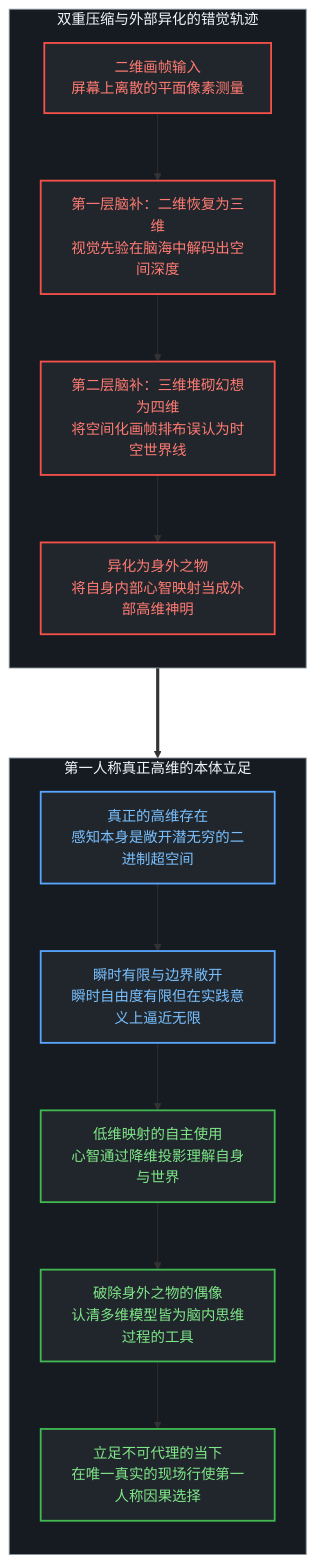
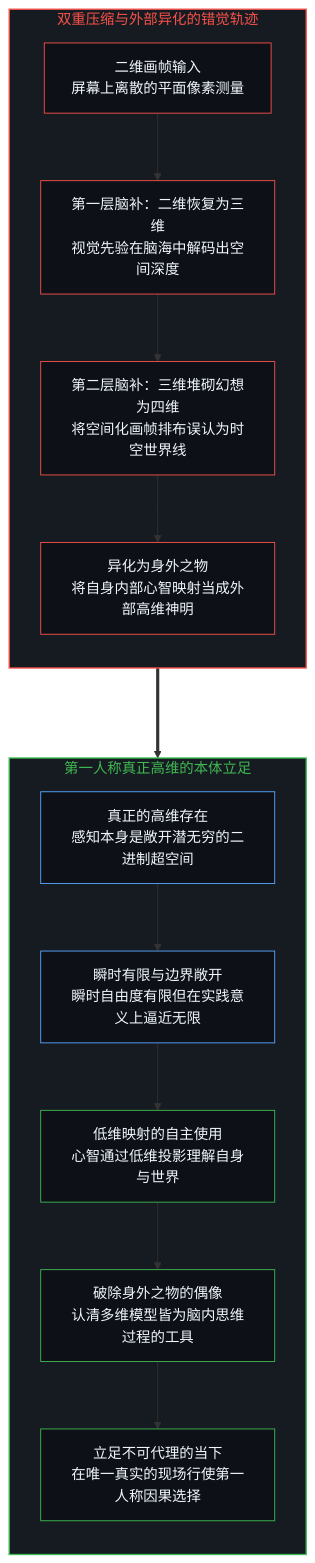
Before and after one commit to powerpig99/not-a-toe: the first of 4 diagrams in content/posts/the-myth-of-the-four-dimensional-deer-and-the-present-model.md, drawn with Mermaid. The commit also changed other lines of this file and 17 other files, not shown here.

````diff
--- a/content/posts/the-myth-of-the-four-dimensional-deer-and-the-present-model.md
+++ b/content/posts/the-myth-of-the-four-dimensional-deer-and-the-present-model.md
@@ -21,30 +29,31 @@
 ```mermaid
-graph TD
-    classDef default fill:#0d1117,stroke:#30363d,stroke-width:1px,color:#c9d1d9;
-    classDef canvas fill:#161b22,stroke:#8b949e,stroke-width:1px,color:#f0f6fc;
-    classDef errNode fill:#21262d,stroke:#f85149,stroke-width:2px,color:#ff7b72;
-    classDef actNode fill:#21262d,stroke:#58a6ff,stroke-width:2px,color:#79c0ff;
-    classDef resNode fill:#21262d,stroke:#3fb950,stroke-width:2px,color:#7ee787;
-
-    subgraph ErrorTrack ["双重压缩与外部异化的错觉轨迹"]
+flowchart TD
+    subgraph S_ErrorTrack["双重压缩与外部异化的错觉轨迹"]
         direction TB
         E1["二维画帧输入<br/>屏幕上离散的平面像素测量"] --> E2["第一层脑补：二维恢复为三维<br/>视觉先验在脑海中解码出空间深度"]
         E2 --> E3["第二层脑补：三维堆砌幻想为四维<br/>将空间化画帧排布误认为时空世界线"]
         E3 --> E4["异化为身外之物<br/>将自身内部心智映射当成外部高维神明"]
     end
 
-    ErrorTrack ===> RealityTrack
+    S_ErrorTrack ===> S_RealityTrack
 
-    subgraph RealityTrack ["第一人称真正高维的本体立足"]
+    subgraph S_RealityTrack["第一人称真正高维的本体立足"]
         direction TB
         R1["真正的高维存在<br/>感知本身是敞开潜无穷的二进制超空间"] --> R2["瞬时有限与边界敞开<br/>瞬时自由度有限但在实践意义上逼近无限"]
-        R2 --> R3["低维映射的自主使用<br/>心智通过降维投影理解自身与世界"]
+        R2 --> R3["低维映射的自主使用<br/>心智通过低维投影理解自身与世界"]
         R3 --> R4["破除身外之物的偶像<br/>认清多维模型皆为脑内思维过程的工具"]
         R4 --> R5["立足不可代理的当下<br/>在唯一真实的现场行使第一人称因果选择"]
     end
 
-    class ErrorTrack,RealityTrack canvas;
-    class E1,E2,E3,E4 errNode;
-    class R1,R2 actNode;
-    class R3,R4,R5 resNode;
+    style S_ErrorTrack fill:#161b22,stroke:#f85149,stroke-width:1.5px,color:#f85149
+    style S_RealityTrack fill:#161b22,stroke:#3fb950,stroke-width:1.5px,color:#3fb950
+    style E1 fill:#0d1117,stroke:#f85149,stroke-width:1px,color:#f0f6fc
+    style E2 fill:#0d1117,stroke:#f85149,stroke-width:1px,color:#f0f6fc
+    style E3 fill:#0d1117,stroke:#f85149,stroke-width:1px,color:#f0f6fc
+    style E4 fill:#0d1117,stroke:#f85149,stroke-width:1px,color:#f0f6fc
+    style R1 fill:#0d1117,stroke:#58a6ff,stroke-width:1px,color:#f0f6fc
+    style R2 fill:#0d1117,stroke:#58a6ff,stroke-width:1px,color:#f0f6fc
+    style R3 fill:#0d1117,stroke:#3fb950,stroke-width:1px,color:#f0f6fc
+    style R4 fill:#0d1117,stroke:#3fb950,stroke-width:1px,color:#f0f6fc
+    style R5 fill:#0d1117,stroke:#3fb950,stroke-width:1px,color:#f0f6fc
 ```
````
